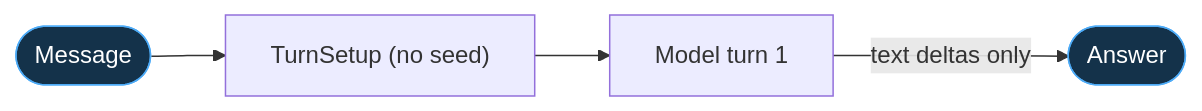
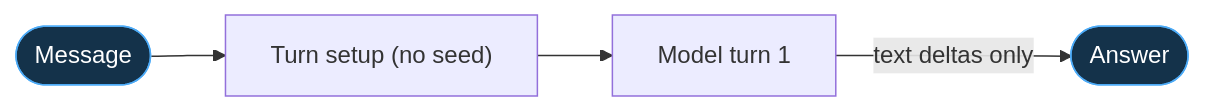
One commit to hellonish/singularity changed the second of 7 diagrams in README.md. Above: the diagram before and after it, drawn with Mermaid. The commit also changed other lines of this file and 109 other files, not shown here.

````diff
--- a/README.md
+++ b/README.md
@@ -603,6 +527,6 @@
 ```mermaid
 flowchart LR
-    U([Message]) --> S["TurnSetup (no seed)"] --> M["Model turn 1"] -->|"text deltas only"| A([Answer])
+    U([Message]) --> S["Turn setup (no seed)"] --> M["Model turn 1"] -->|"text deltas only"| A([Answer])
     classDef terminal fill:#14324a,stroke:#4dabf7,color:#fff;
     class U,A terminal;
 ```
````
